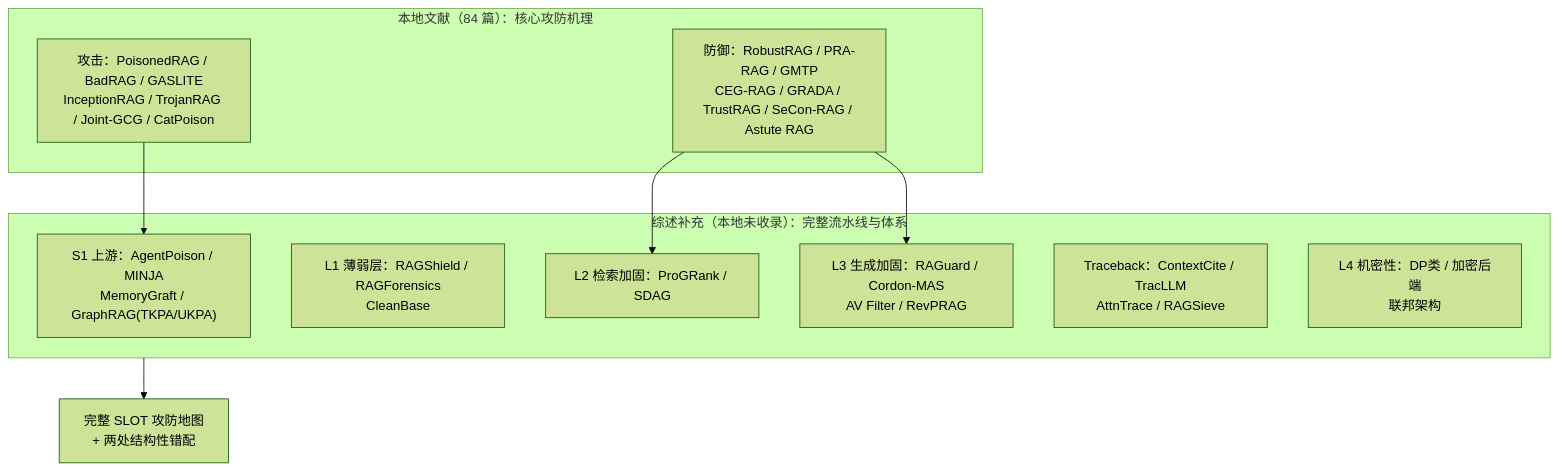
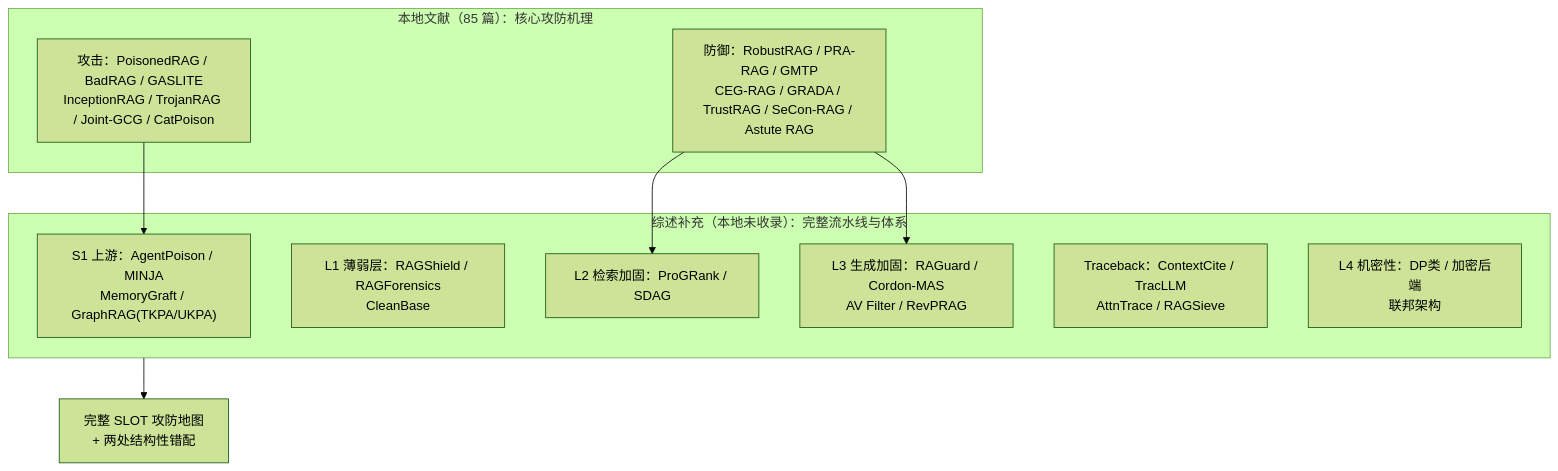
One commit to fgfgfdg8/graduate_thesis_proposal changed the third of 3 diagrams in docs/RAG安全文献攻防技术手段总结报告.md. Above: the diagram before and after it, drawn with Mermaid (forest theme). The commit also changed other lines of this file, not shown here.

````diff
--- a/docs/RAG安全文献攻防技术手段总结报告.md
+++ b/docs/RAG安全文献攻防技术手段总结报告.md
@@ -1553,19 +1564,19 @@
 ```mermaid
 flowchart TB
-    subgraph ORIG["本地文献（84 篇）：核心攻防机理"]
+    subgraph ORIG["本地文献（85 篇）：核心攻防机理"]
         O1["攻击：PoisonedRAG / BadRAG / GASLITE<br/>InceptionRAG / TrojanRAG / Joint-GCG / CatPoison"]
         O2["防御：RobustRAG / PRA-RAG / GMTP<br/>CEG-RAG / GRADA / TrustRAG / SeCon-RAG / Astute RAG"]
     end
     subgraph NEW["综述补充（本地未收录）：完整流水线与体系"]
         N1["S1 上游：AgentPoison / MINJA<br/>MemoryGraft / GraphRAG(TKPA/UKPA)"]
         N2["L1 薄弱层：RAGShield / RAGForensics<br/>CleanBase"]
         N3["L2 检索加固：ProGRank / SDAG"]
         N4["L3 生成加固：RAGuard / Cordon-MAS<br/>AV Filter / RevPRAG"]
         N5["Traceback：ContextCite / TracLLM<br/>AttnTrace / RAGSieve"]
         N6["L4 机密性：DP类 / 加密后端<br/>联邦架构"]
     end
     O1 --> N1
     O2 --> N3
     O2 --> N4
     NEW --> C["完整 SLOT 攻防地图<br/>+ 两处结构性错配"]
 ```
````
